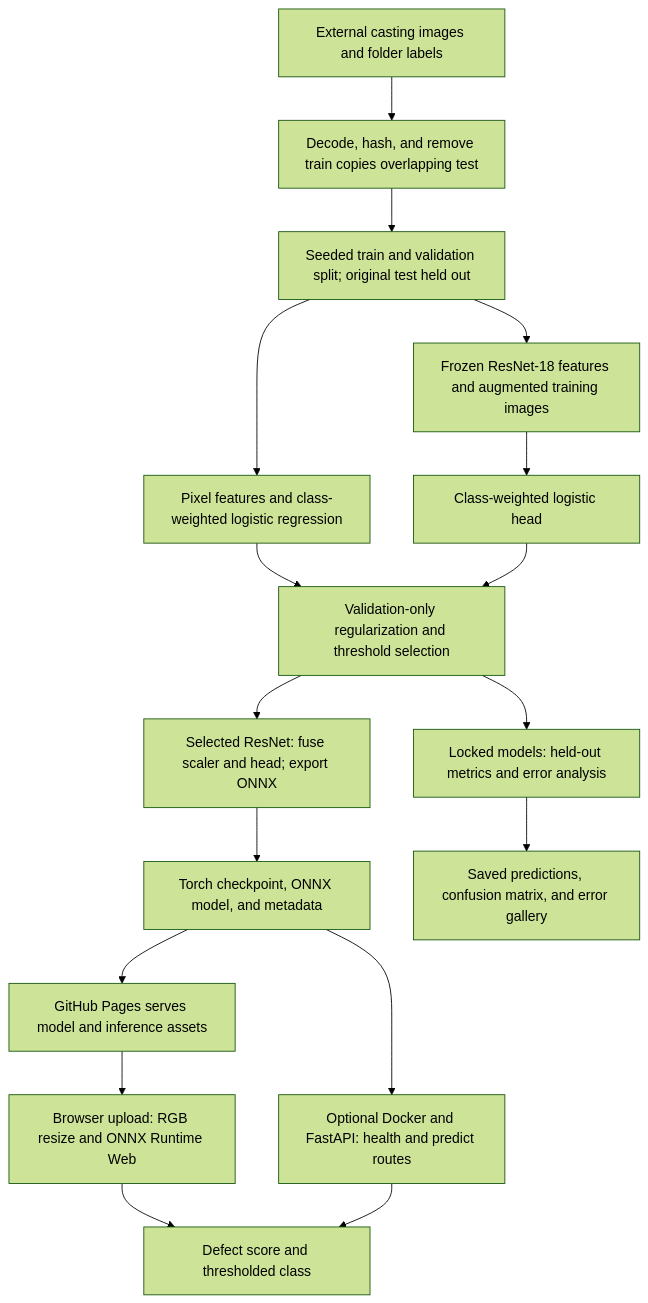
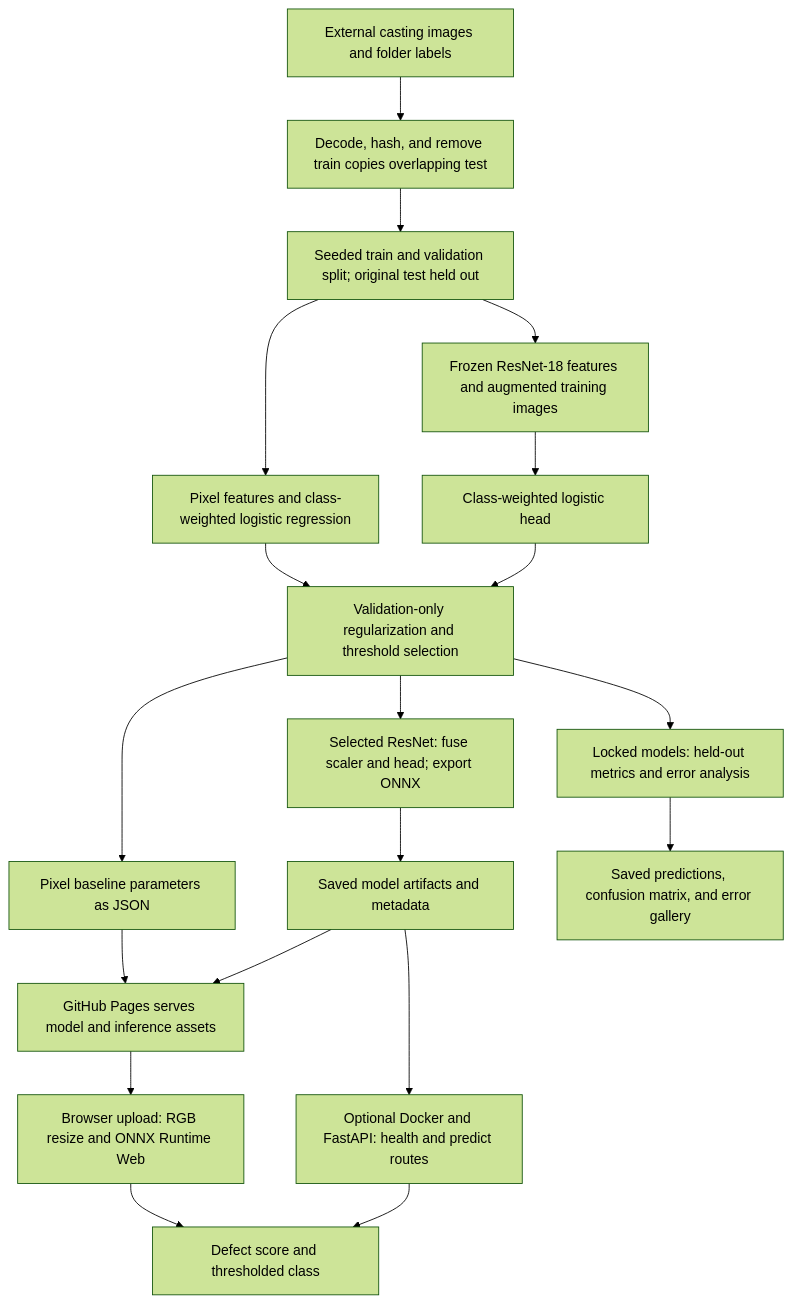
Before and after one commit to Abdullah-Sarwar-MIrza/casting-defect-ml-assessment: the diagram in README.md, drawn with Mermaid (forest theme). The commit also changed other lines of this file and 12 other files, not shown here.

Commit message:
Add saved-model selection to browser demo and inference API

````diff
--- a/README.md
+++ b/README.md
@@ -48,19 +48,21 @@
 ```mermaid
 flowchart TD
     dataset["External casting images and folder labels"] --> audit["Decode, hash, and remove train copies overlapping test"]
     audit --> splits["Seeded train and validation split; original test held out"]
     splits --> baseline["Pixel features and class-weighted logistic regression"]
     splits --> transfer["Frozen ResNet-18 features and augmented training images"]
     transfer --> head["Class-weighted logistic head"]
     baseline --> selection["Validation-only regularization and threshold selection"]
     head --> selection
     selection --> evaluation["Locked models: held-out metrics and error analysis"]
     selection --> export["Selected ResNet: fuse scaler and head; export ONNX"]
-    export --> artifacts["Torch checkpoint, ONNX model, and metadata"]
+    export --> artifacts["Saved model artifacts and metadata"]
+    selection --> baselineExport["Pixel baseline parameters as JSON"]
+    baselineExport --> pages
     artifacts --> pages["GitHub Pages serves model and inference assets"]
     pages --> browser["Browser upload: RGB resize and ONNX Runtime Web"]
     browser --> result["Defect score and thresholded class"]
     artifacts --> api["Optional Docker and FastAPI: health and predict routes"]
     api --> result
     evaluation --> reports["Saved predictions, confusion matrix, and error gallery"]
 ```
````
